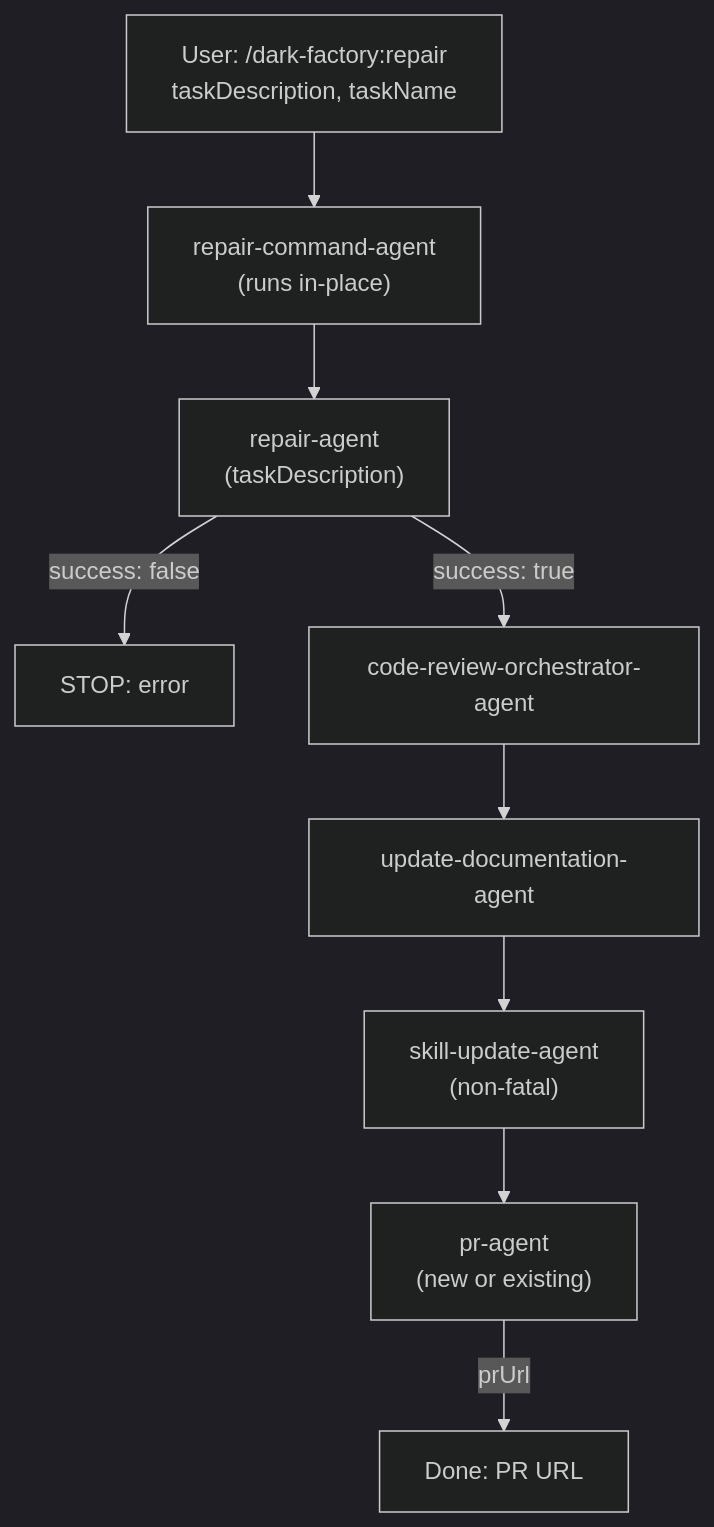
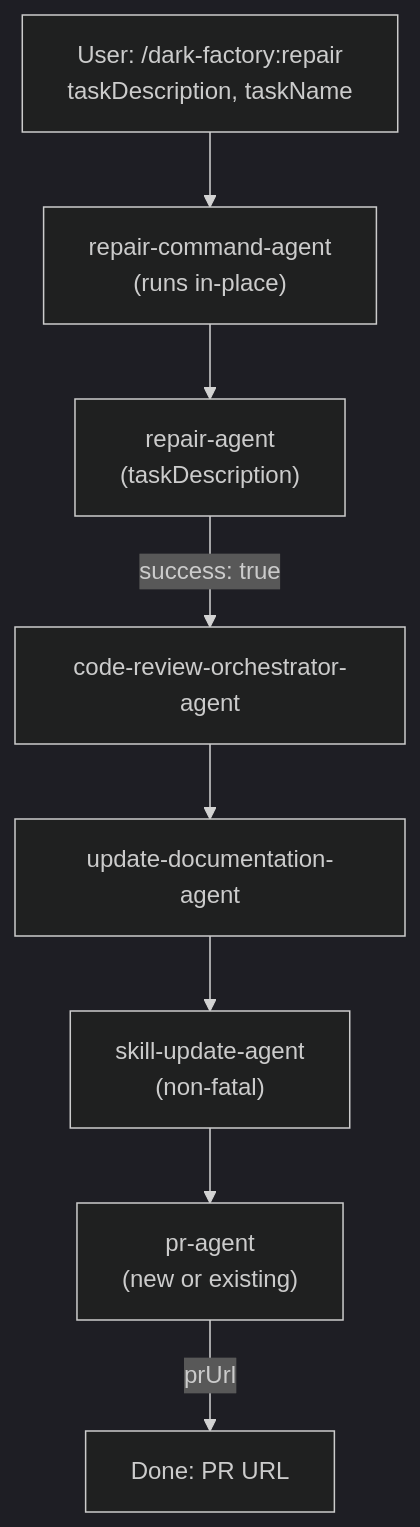
One commit to lewibs/dark-factory changed the diagram in docs/docs/repair-command-agent.md. Above: the diagram before and after it, drawn with Mermaid (dark theme). The commit also changed other lines of this file and 11 other files, not shown here.

````diff
--- a/docs/docs/repair-command-agent.md
+++ b/docs/docs/repair-command-agent.md
@@ -13,16 +7,15 @@
 ```mermaid
 flowchart TD
-  User["User: /dark-factory:repair\ntaskDescription, taskName"] --> RCA
+  User["User: /dark-factory:repair<br/>taskDescription, taskName"] --> RCA
 
-  RCA["repair-command-agent\n(runs in-place)"]
+  RCA["repair-command-agent<br/>(runs in-place)"]
 
-  RCA --> RA["repair-agent\n(taskDescription)"]
+  RCA --> RA["repair-agent<br/>(taskDescription)"]
 
-  RA -->|"success: false"| ERR["STOP: error"]
   RA -->|"success: true"| CRO["code-review-orchestrator-agent"]
 
   CRO --> UDA["update-documentation-agent"]
-  UDA --> SUA["skill-update-agent\n(non-fatal)"]
-  SUA --> PRA["pr-agent\n(new or existing)"]
+  UDA --> SUA["skill-update-agent<br/>(non-fatal)"]
+  SUA --> PRA["pr-agent<br/>(new or existing)"]
   PRA -->|"prUrl"| Done["Done: PR URL"]
 ```
````
